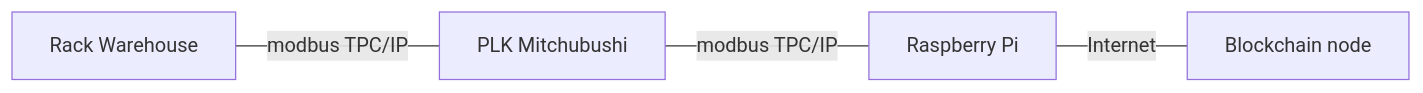
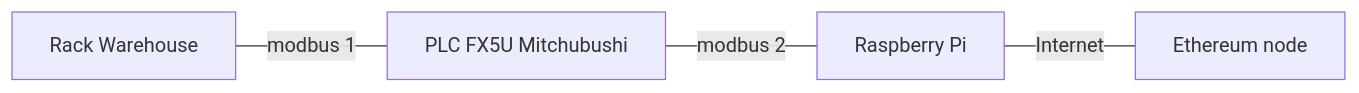
One commit to fsprojekti/plk-blockchain changed the first of 2 diagrams in README.md. Above: the diagram before and after it, drawn with Mermaid. The commit also changed other lines of this file, not shown here.

````diff
--- a/README.md
+++ b/README.md
@@ -7,13 +6,11 @@
 ```mermaid
 	flowchart LR
-	
 	  A[Rack Warehouse ]
-	  B[PLK Mitchubushi]
+	  B[PLC FX5U Mitchubushi]
 	  C[Raspberry Pi]
-	  D[Blockchain node]
+	  D[Ethereum node]
 	  
-	A---|modbus TPC/IP|B
-	B---|modbus TPC/IP|C
+	A---|modbus 1|B
+	B---|modbus 2|C
 	C---|Internet|D
-
 ```
````
